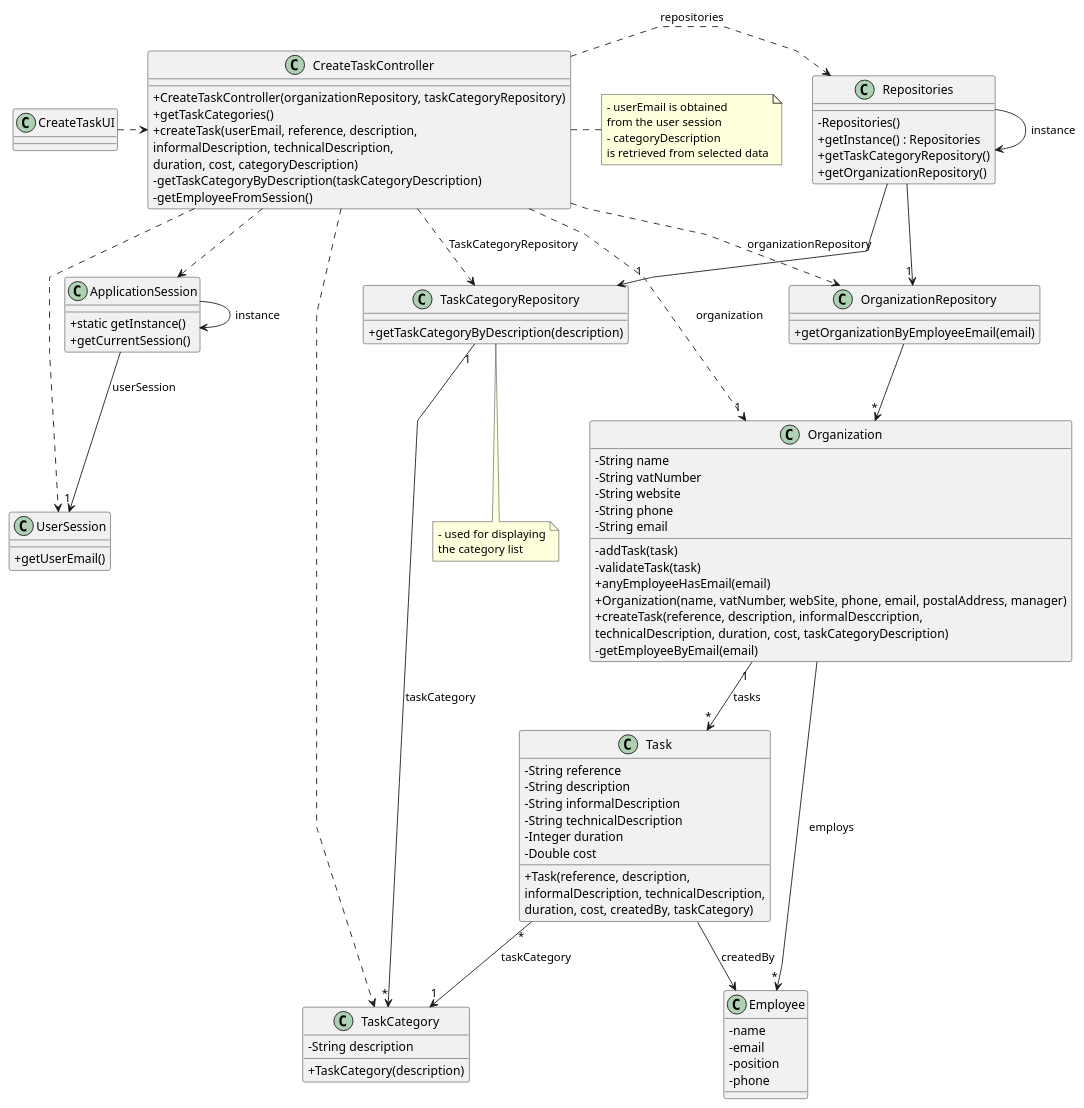
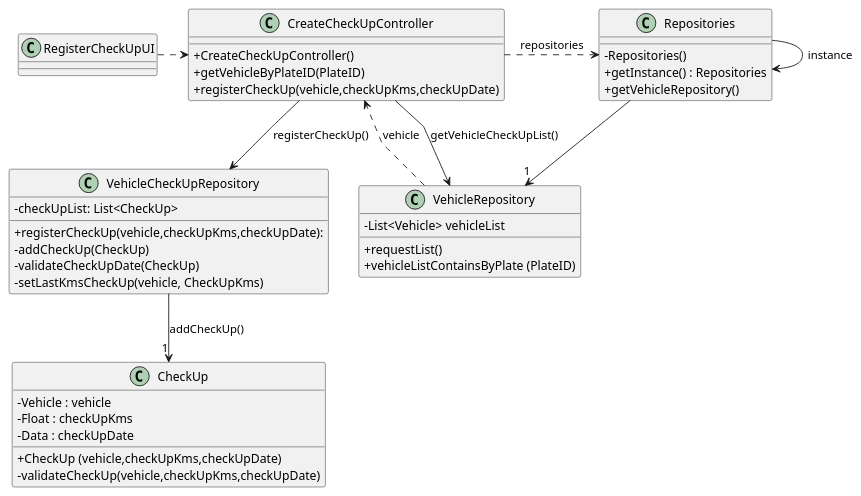
Before and after one commit to SAEmanuel/Green_Spaces_Management_ISEP: the diagram in docs/sprintB/us007/03.design/puml/us007-class-diagram.puml, drawn with PlantUML. The commit also changed 31 other files, not shown here.

```diff
--- a/docs/sprintB/us007/03.design/puml/us007-class-diagram.puml
+++ b/docs/sprintB/us007/03.design/puml/us007-class-diagram.puml
@@ -1,130 +1,60 @@
 @startuml
 'skinparam monochrome true
 skinparam packageStyle rectangle
 skinparam shadowing false
 skinparam linetype polyline
-'(skinparam linetype orto
-
+'skinparam linetype orto
 skinparam classAttributeIconSize 0
-
 'left to right direction
 
-class ApplicationSession
-{
-    + static getInstance()
-    + getCurrentSession()
-}
+class VehicleRepository {
+    - List<Vehicle> vehicleList
+    + requestList()
+    + vehicleListContainsByPlate (PlateID)
 
-class UserSession
-{
-    + getUserEmail()
-}
-
-class Employee {
-    - name
-    - email
-    - position
-    - phone
-}
-
-class Task {
-    - String reference
-    - String description
-    - String informalDescription
-    - String technicalDescription
-    - Integer duration
-    - Double cost
-
-    + Task(reference, description,\ninformalDescription, technicalDescription,\nduration, cost, createdBy, taskCategory)
-}
-
-class TaskCategory {
-    - String description
-
-    + TaskCategory(description)
-}
-
-class Organization {
-    - String name
-    - String vatNumber
-    - String website
-    - String phone
-    - String email
-
-    - addTask(task)
-    - validateTask(task)
-    + anyEmployeeHasEmail(email)
-    + Organization(name, vatNumber, webSite, phone, email, postalAddress, manager)
-    + createTask(reference, description, informalDesccription,\ntechnicalDescription, duration, cost, taskCategoryDescription)
-    - getEmployeeByEmail(email)
-
-'  +saveTask(task)
-}
-
-class TaskCategoryRepository {
-    + getTaskCategoryByDescription(description)
-}
-
-class OrganizationRepository {
-    + getOrganizationByEmployeeEmail(email)
 }
 
 class Repositories {
     - Repositories()
     + getInstance() : Repositories
-    + getTaskCategoryRepository()
-    + getOrganizationRepository()
+    + getVehicleRepository()
 }
 
-class CreateTaskController {
-    + CreateTaskController(organizationRepository, taskCategoryRepository)
-    + getTaskCategories()
-    + createTask(userEmail, reference, description,\ninformalDescription, technicalDescription,\nduration, cost, categoryDescription)
-    - getTaskCategoryByDescription(taskCategoryDescription)
-    - getEmployeeFromSession()
+
+class CheckUp {
+    - Vehicle : vehicle
+    - Float : checkUpKms
+    - Data : checkUpDate
+    + CheckUp (vehicle,checkUpKms,checkUpDate)
+    - validateCheckUp(vehicle,checkUpKms,checkUpDate)
 }
 
-note right of CreateTaskController
-    - userEmail is obtained
-    from the user session
-    - categoryDescription
-    is retrieved from selected data
-end note
-
-note bottom of TaskCategoryRepository
-    - used for displaying
-    the category list
-end note
-
-class CreateTaskUI {
+class CreateCheckUpController {
+    + CreateCheckUpController()
+    + getVehicleByPlateID(PlateID)
+    + registerCheckUp(vehicle,checkUpKms,checkUpDate)
 }
 
+class VehicleCheckUpRepository {
+    - checkUpList: List<CheckUp>
+    + registerCheckUp(vehicle,checkUpKms,checkUpDate):
+    - addCheckUp(CheckUp)
+    - validateCheckUpDate(CheckUp)
+    - setLastKmsCheckUp(vehicle, CheckUpKms)
+}
+
+class RegisterCheckUpUI {
+
+}
+
+RegisterCheckUpUI .> CreateCheckUpController
+
+CreateCheckUpController .> Repositories : repositories
+Repositories  --> "1 " VehicleRepository
 Repositories -> Repositories : instance
-ApplicationSession -> ApplicationSession : instance
-
-CreateTaskUI .> CreateTaskController
-
-CreateTaskController .> Repositories : repositories
-
-Repositories -> "1" TaskCategoryRepository
-
-CreateTaskController ..> TaskCategory
-CreateTaskController ..> OrganizationRepository : organizationRepository
-CreateTaskController ..> TaskCategoryRepository : TaskCategoryRepository
-
-Repositories --> "1" OrganizationRepository
-
-OrganizationRepository --> "*" Organization
-ApplicationSession --> "1" UserSession : userSession
-
-CreateTaskController ..> "1" Organization : organization
-CreateTaskController ..> ApplicationSession
-CreateTaskController ..> UserSession
-Task "*" --> "1" TaskCategory : taskCategory
-TaskCategoryRepository "1" --> "*" TaskCategory : taskCategory
-Organization "1" --> "*" Task : tasks
-Task --> Employee : createdBy
-
-Organization --> "*" Employee : employs
+VehicleRepository ..>  CreateCheckUpController : vehicle
+CreateCheckUpController -> VehicleRepository : getVehicleCheckUpList()
+CreateCheckUpController --> VehicleCheckUpRepository : registerCheckUp()
+VehicleCheckUpRepository --> "  1" CheckUp : addCheckUp()
 
 @enduml
```
